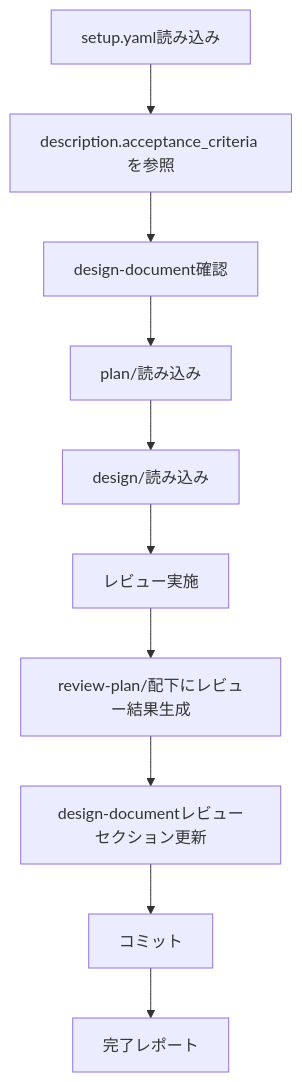
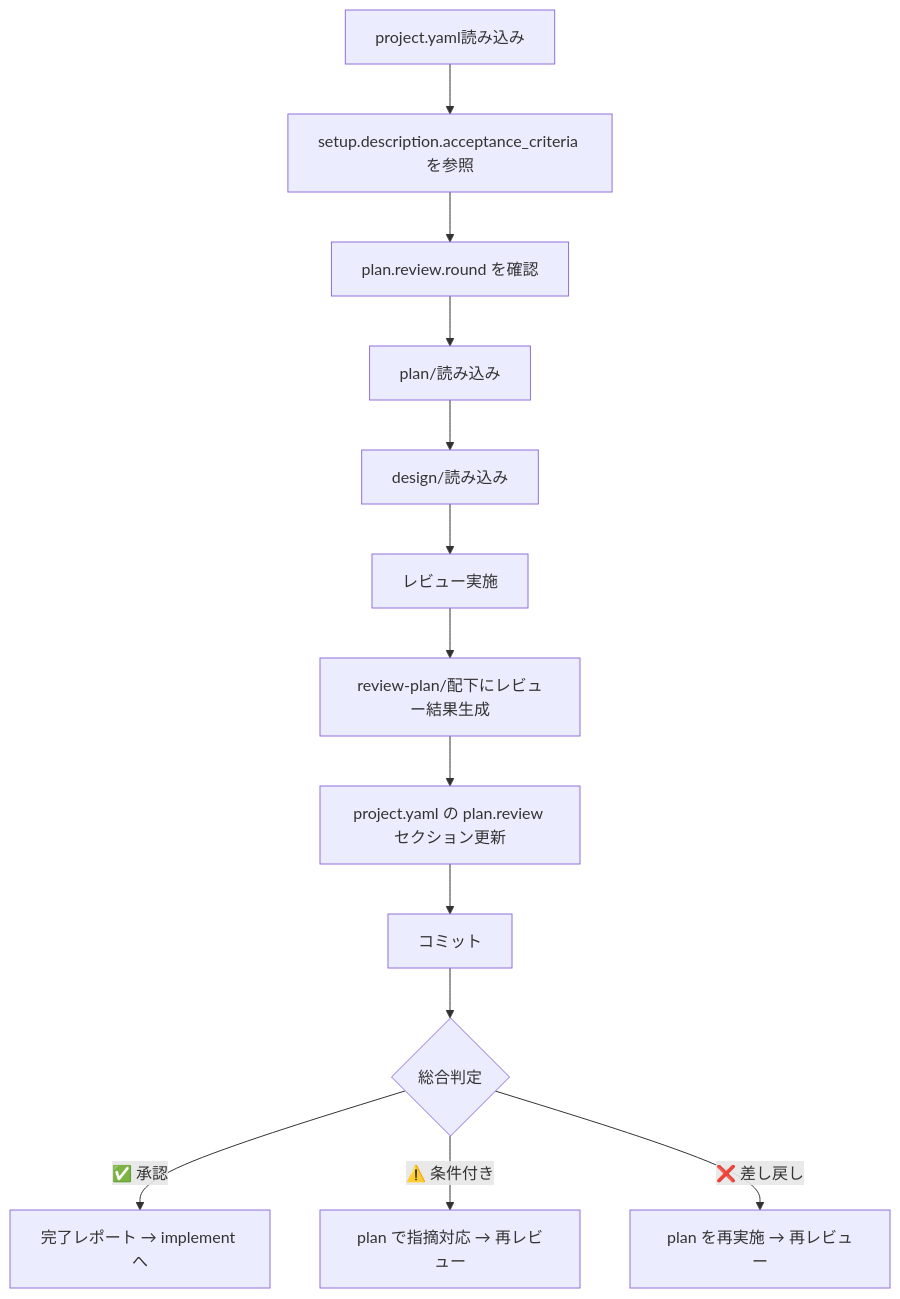
The second of 2 diagrams in .claude/skills/review-plan/SKILL.md (NagasakaH/dev-process), drawn with Mermaid before and after one commit. The commit also changed other lines of this file and 6 other files, not shown here.

````diff
--- a/.claude/skills/review-plan/SKILL.md
+++ b/.claude/skills/review-plan/SKILL.md
@@ -92,12 +73,15 @@
 ```mermaid
 flowchart TD
-    A[setup.yaml読み込み] --> B[description.acceptance_criteria を参照]
-    B --> C[design-document確認]
+    A[project.yaml読み込み] --> B[setup.description.acceptance_criteria を参照]
+    B --> C[plan.review.round を確認]
     C --> D[plan/読み込み]
     D --> E[design/読み込み]
     E --> F[レビュー実施]
     F --> G[review-plan/配下にレビュー結果生成]
-    G --> H[design-documentレビューセクション更新]
+    G --> H[project.yaml の plan.review セクション更新]
     H --> I[コミット]
-    I --> J[完了レポート]
+    I --> J{総合判定}
+    J -->|✅ 承認| K[完了レポート → implement へ]
+    J -->|⚠️ 条件付き| L[plan で指摘対応 → 再レビュー]
+    J -->|❌ 差し戻し| M[plan を再実施 → 再レビュー]
 ```
````
